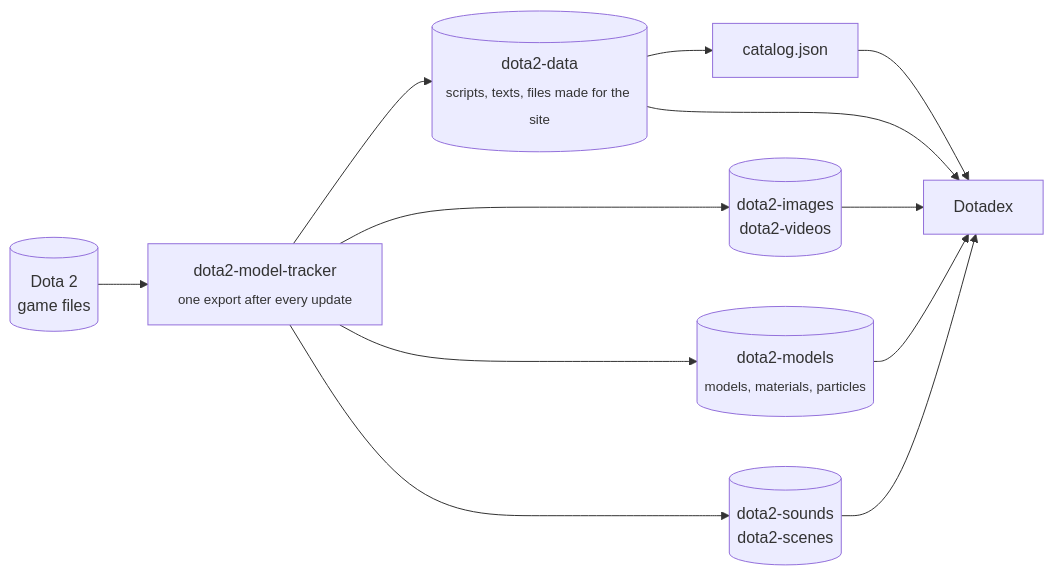
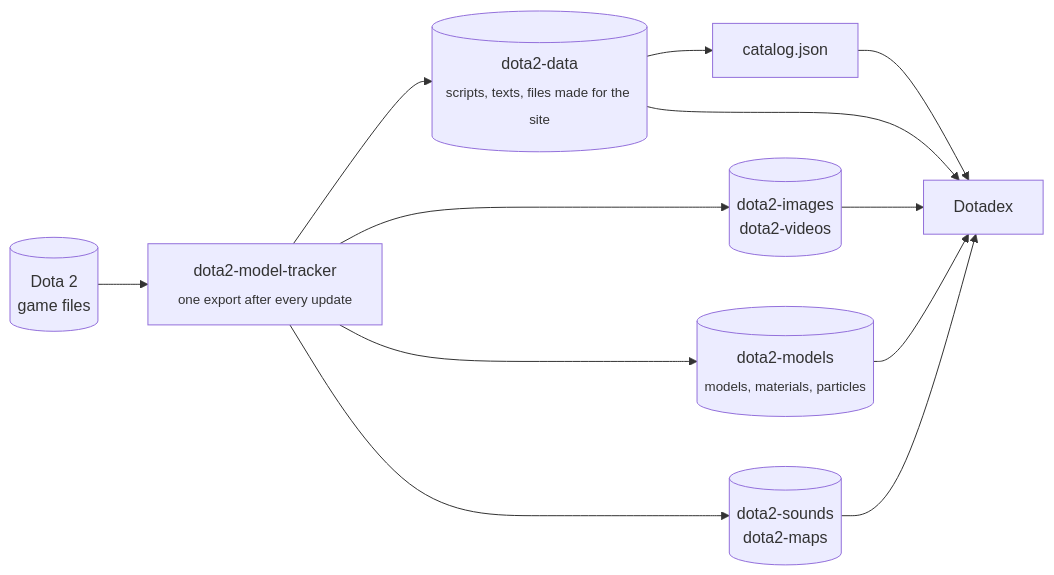
One commit to S1nuxoff/Dotadex changed the diagram in README.md. Above: the diagram before and after it, drawn with Mermaid. The commit also changed other lines of this file and 1 other file, not shown here.

Commit message:
The scenes dataset is dota2-maps now (renamed on the Hub, the old name redirects)

````diff
--- a/README.md
+++ b/README.md
@@ -80,14 +80,14 @@
 ```mermaid
 flowchart LR
     G[("Dota 2<br/>game files")] --> T["dota2-model-tracker<br/><sub>one export after every update</sub>"]
     T --> DA[("dota2-data<br/><sub>scripts, texts, files made for the site</sub>")]
     T --> IM[("dota2-images<br/>dota2-videos")]
     T --> MO[("dota2-models<br/><sub>models, materials, particles</sub>")]
-    T --> SO[("dota2-sounds<br/>dota2-scenes")]
+    T --> SO[("dota2-sounds<br/>dota2-maps")]
     DA --> C["catalog.json"]
     C --> S["Dotadex"]
     DA --> S
     IM --> S
     MO --> S
     SO --> S
 ```
````
